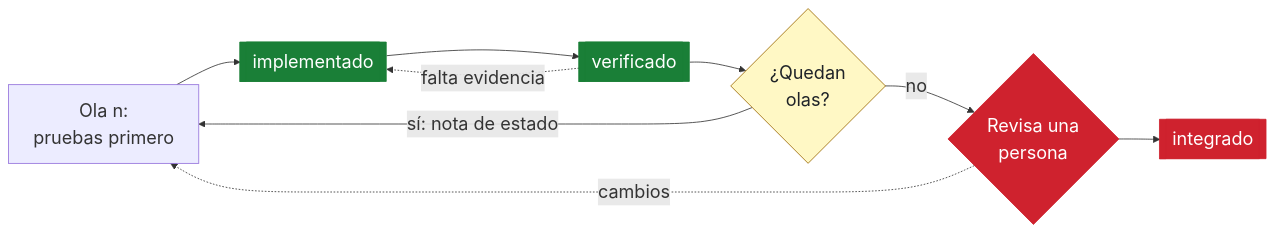
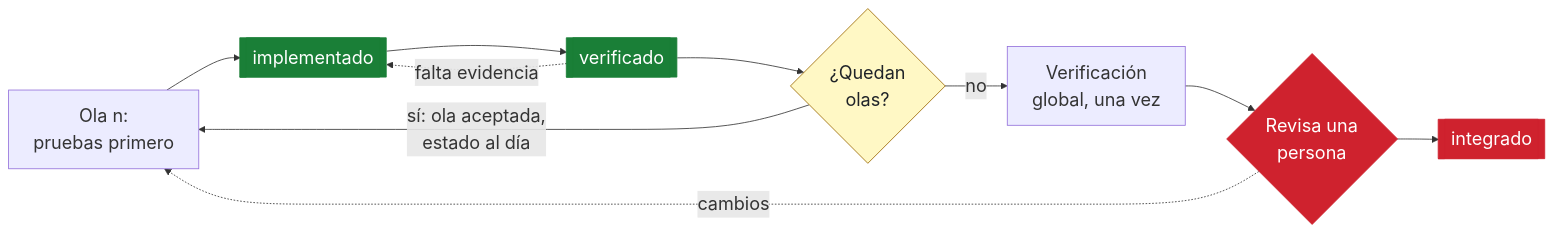
One commit to arielelevy/fdd changed the second of 2 diagrams in README.md. Above: the diagram before and after it, drawn with Mermaid. The commit also changed other lines of this file and 2 other files, not shown here.

First line of the commit message:
README: FDD 2.0 con jerarquía objetivo-feature-ola, una coordinadora y preguntas en un solo lugar

````diff
--- a/README.md
+++ b/README.md
@@ -141,19 +143,20 @@
 ```mermaid
 %%{init: {"themeVariables": {"fontSize": "22px"}}}%%
 flowchart LR
     O["Ola n:<br/>pruebas primero"] --> G[["implementado"]]
     G --> H[["verificado"]]
     H -. "falta evidencia" .-> G
     H --> Q{"¿Quedan<br/>olas?"}
-    Q -- "sí: nota de estado" --> O
-    Q -- "no" --> I{"Revisa una<br/>persona"}
+    Q -- "sí: ola aceptada,<br/>estado al día" --> O
+    Q -- "no" --> X["Verificación<br/>global, una vez"]
+    X --> I{"Revisa una<br/>persona"}
     I -. "cambios" .-> O
     I --> J[["integrado"]]
 
     classDef hito fill:#1a7f37,stroke:#1a7f37,color:#ffffff
     classDef humano fill:#cf222e,stroke:#cf222e,color:#ffffff
     classDef decision fill:#fff8c5,stroke:#9a6700,color:#1f2328
     class G,H hito
     class I,J humano
     class Q decision
 ```
````
